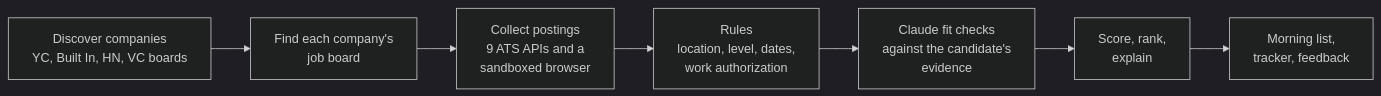
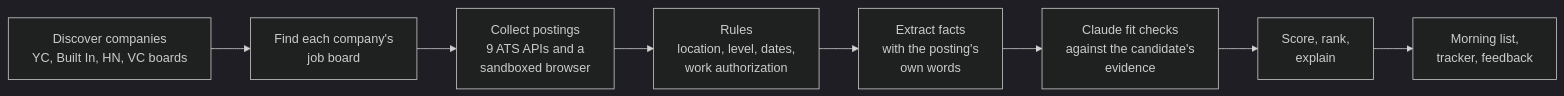
Before and after one commit to marinasofia/sourcer: the diagram in README.md, drawn with Mermaid (dark theme). The commit also changed other lines of this file and 21 other files, not shown here.

````diff
--- a/README.md
+++ b/README.md
@@ -44,9 +52,10 @@
 ```mermaid
 flowchart LR
     D[Discover companies<br/>YC, Built In, HN, VC boards] --> P[Find each company's<br/>job board]
     P --> C[Collect postings<br/>9 ATS APIs and a<br/>sandboxed browser]
     C --> R[Rules<br/>location, level, dates,<br/>work authorization]
-    R --> M[Claude fit checks<br/>against the candidate's<br/>evidence]
+    R --> X[Extract facts<br/>with the posting's<br/>own words]
+    X --> M[Claude fit checks<br/>against the candidate's<br/>evidence]
     M --> S[Score, rank,<br/>explain]
     S --> O[Morning list,<br/>tracker, feedback]
 ```
````
